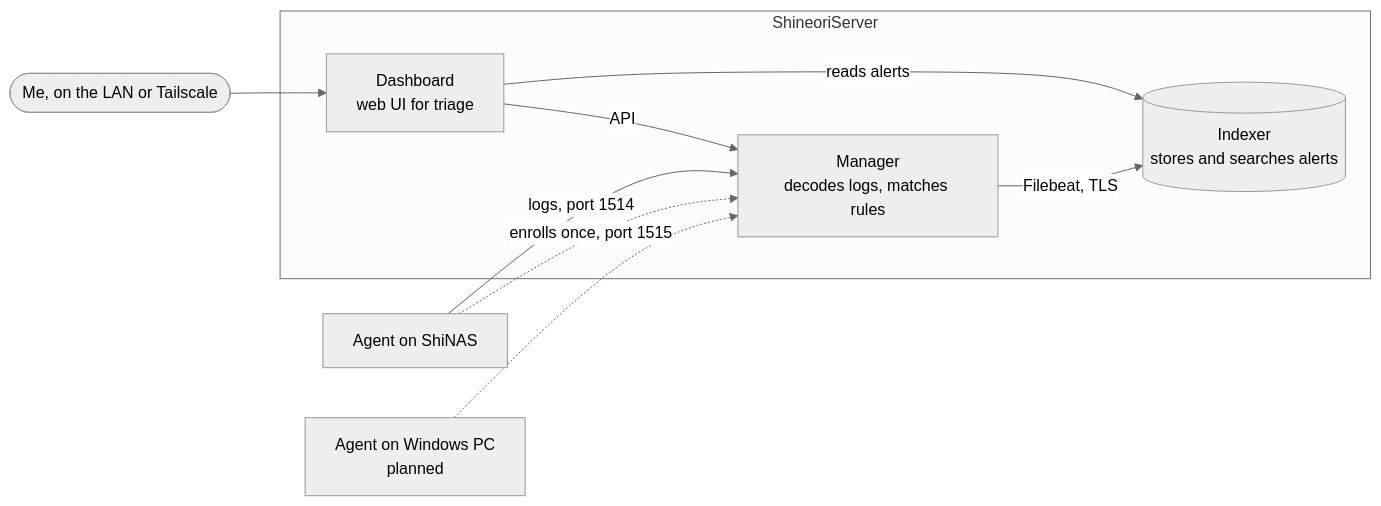
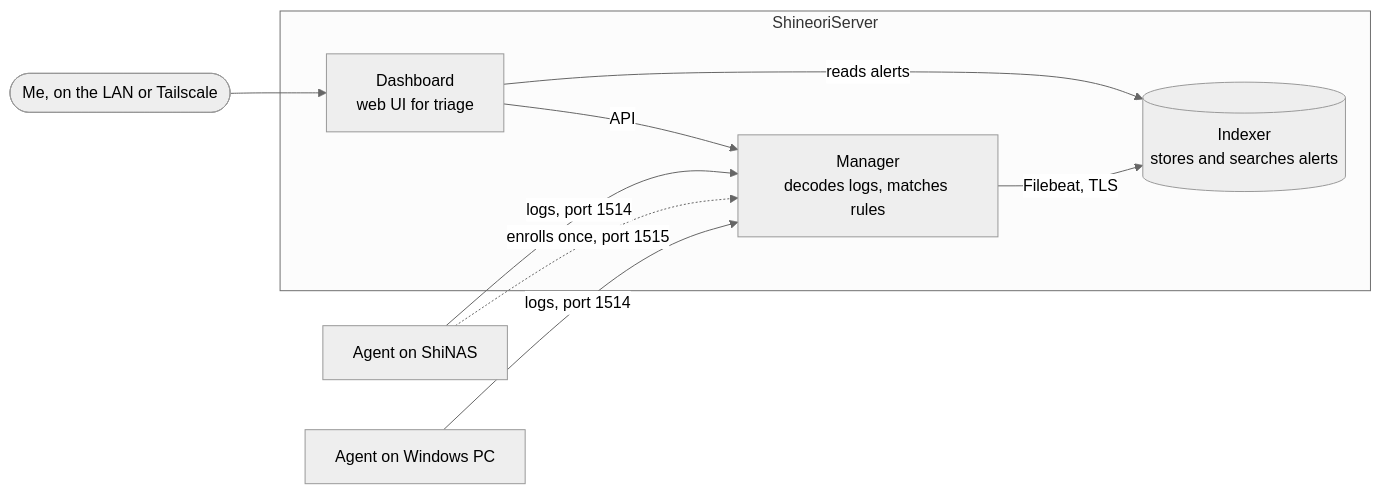
The diagram in docs/services/wazuh.md (Shineori/homelab), drawn with Mermaid (neutral theme) before and after one commit. The commit also changed other lines of this file and 2 other files, not shown here.

Commit message:
Wazuh: both agents (NAS and Windows PC) enrolled and active

````diff
--- a/docs/services/wazuh.md
+++ b/docs/services/wazuh.md
@@ -25,15 +25,15 @@
 ```mermaid
 flowchart LR
     subgraph ShineoriServer
         m[Manager<br/>decodes logs, matches rules]
         i[(Indexer<br/>stores and searches alerts)]
         d[Dashboard<br/>web UI for triage]
         m -- Filebeat, TLS --> i
         d -- reads alerts --> i
         d -- API --> m
     end
     nas[Agent on ShiNAS] -- logs, port 1514 --> m
     nas -. enrolls once, port 1515 .-> m
-    pc[Agent on Windows PC<br/>planned] -.-> m
+    pc[Agent on Windows PC] -- logs, port 1514 --> m
     me([Me, on the LAN or Tailscale]) --> d
 ```
````
